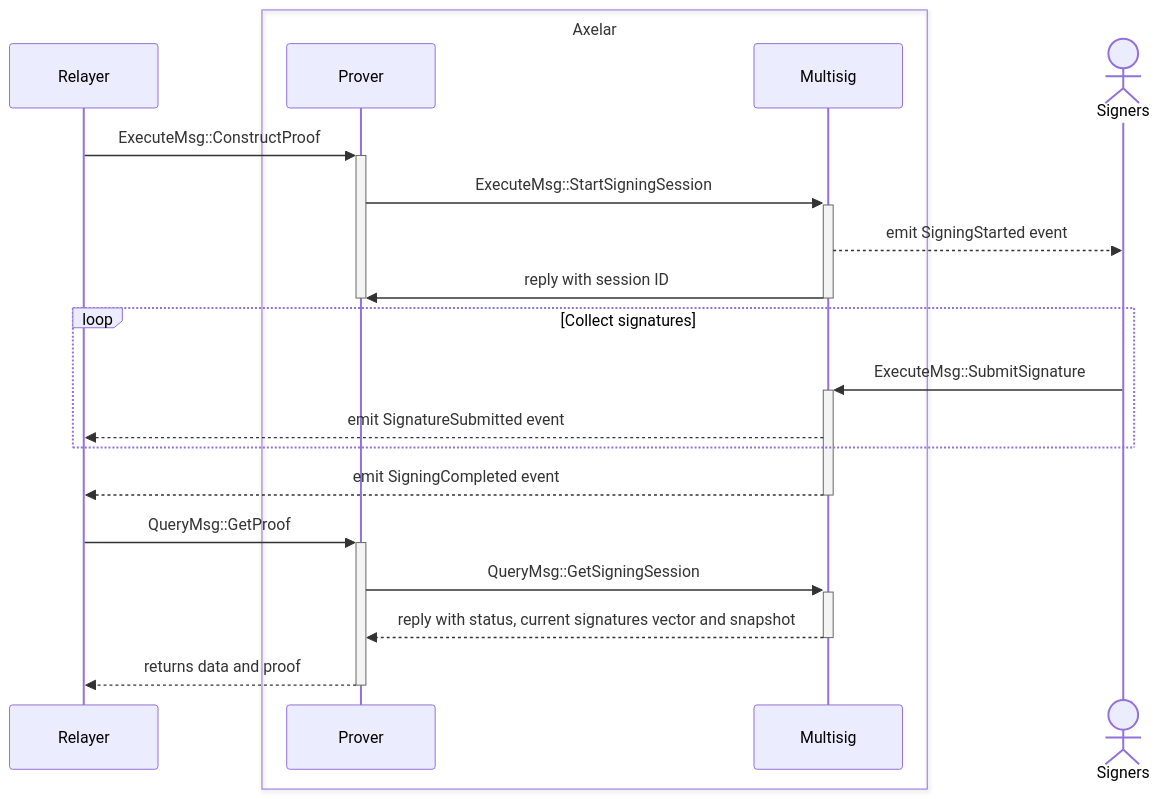
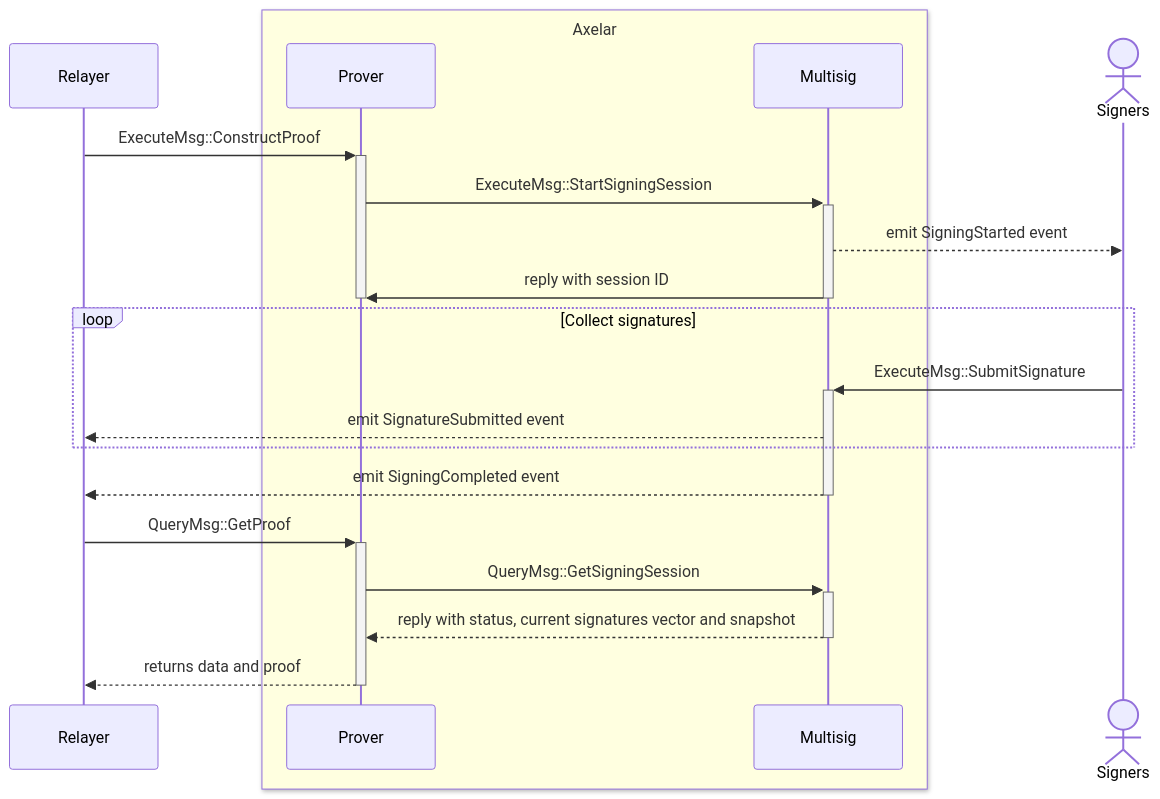
The second of 2 diagrams in doc/src/contracts/multisig.md (kadev2176/axelar-amplifier), drawn with Mermaid before and after one commit. The commit also changed 2 other files, not shown here.

Commit message:
Fix diagram color for overview.md (#172)

````diff
--- a/doc/src/contracts/multisig.md
+++ b/doc/src/contracts/multisig.md
@@ -26,26 +26,26 @@
 ```mermaid
 sequenceDiagram
 participant Relayer
-box Axelar
+box LightYellow Axelar
 participant Prover
 participant Multisig
 end
 actor Signers
 
 
 Relayer->>+Prover: ExecuteMsg::ConstructProof
 Prover->>+Multisig: ExecuteMsg::StartSigningSession
 Multisig-->>Signers: emit SigningStarted event
 Multisig->>-Prover: reply with session ID
 deactivate Prover
 loop Collect signatures
   Signers->>+Multisig: ExecuteMsg::SubmitSignature
   Multisig-->>Relayer: emit SignatureSubmitted event
 end
 Multisig-->>-Relayer: emit SigningCompleted event
 Relayer->>+Prover: QueryMsg::GetProof
 Prover->>+Multisig: QueryMsg::GetSigningSession
 Multisig-->>-Prover: reply with status, current signatures vector and snapshot
 Prover-->>-Relayer: returns data and proof
 
 ```
````
